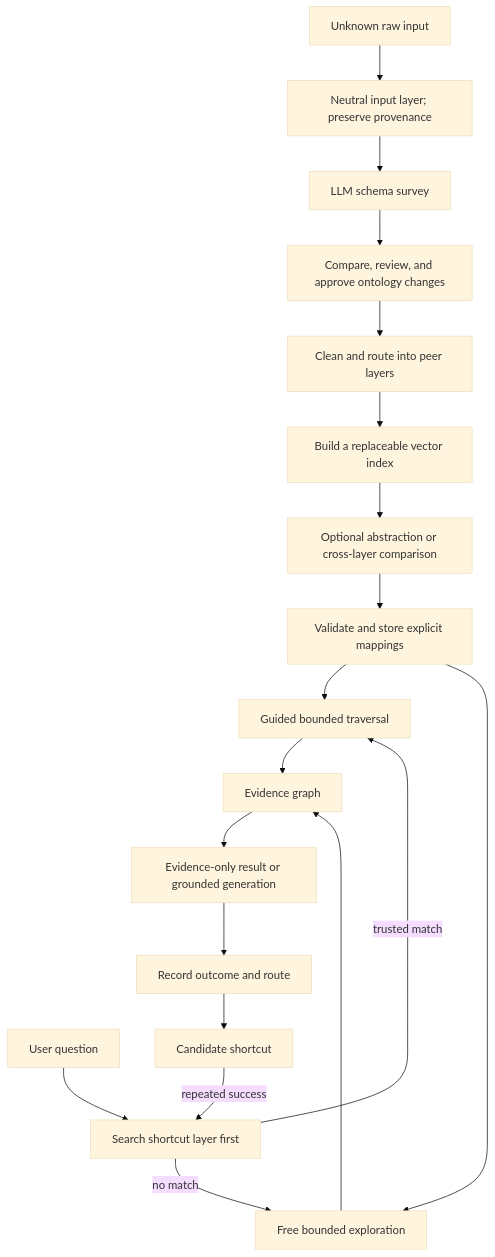
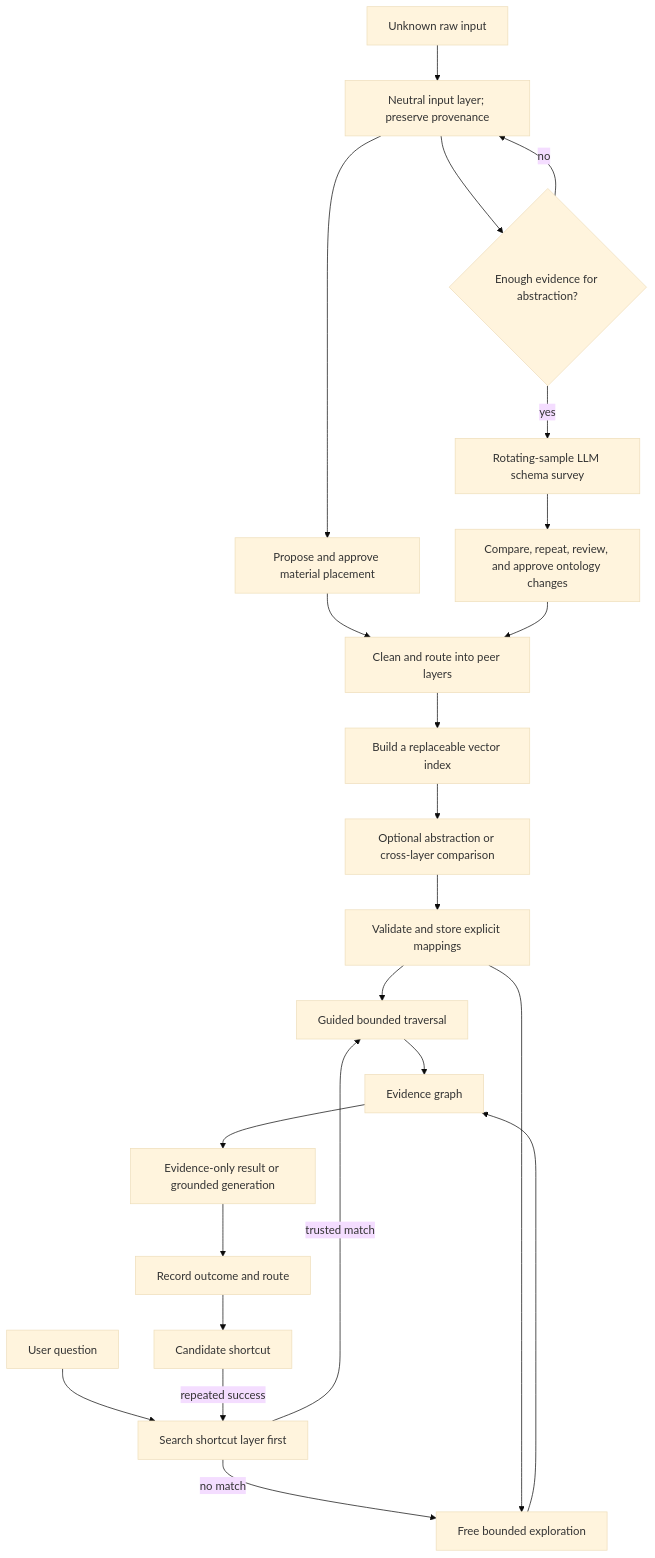
One commit to rsb0328/an-essay-concerning-llm-understanding changed the third of 3 diagrams in README.md. Above: the diagram before and after it, drawn with Mermaid (base theme). The commit also changed other lines of this file and 14 other files, not shown here.

Commit message:
gate abstraction and govern material placement (#6)

````diff
--- a/README.md
+++ b/README.md
@@ -238,21 +247,25 @@
 ```mermaid
 flowchart TD
     A["Unknown raw input"] --> B["Neutral input layer; preserve provenance"]
-    B --> SD["LLM schema survey"]
-    SD --> O["Compare, review, and approve ontology changes"]
+    B --> R{"Enough evidence for abstraction?"}
+    R -->|"no"| B
+    R -->|"yes"| SD["Rotating-sample LLM schema survey"]
+    SD --> O["Compare, repeat, review, and approve ontology changes"]
+    B --> PP["Propose and approve material placement"]
+    PP --> C
     O --> C["Clean and route into peer layers"]
     C --> D["Build a replaceable vector index"]
     D --> E["Optional abstraction or cross-layer comparison"]
     E --> F["Validate and store explicit mappings"]
     Q["User question"] --> S["Search shortcut layer first"]
     S -->|"trusted match"| G["Guided bounded traversal"]
     S -->|"no match"| H["Free bounded exploration"]
     F --> G
     F --> H
     G --> I["Evidence graph"]
     H --> I
     I --> J["Evidence-only result or grounded generation"]
     J --> K["Record outcome and route"]
     K --> L["Candidate shortcut"]
     L -->|"repeated success"| S
 ```
````
